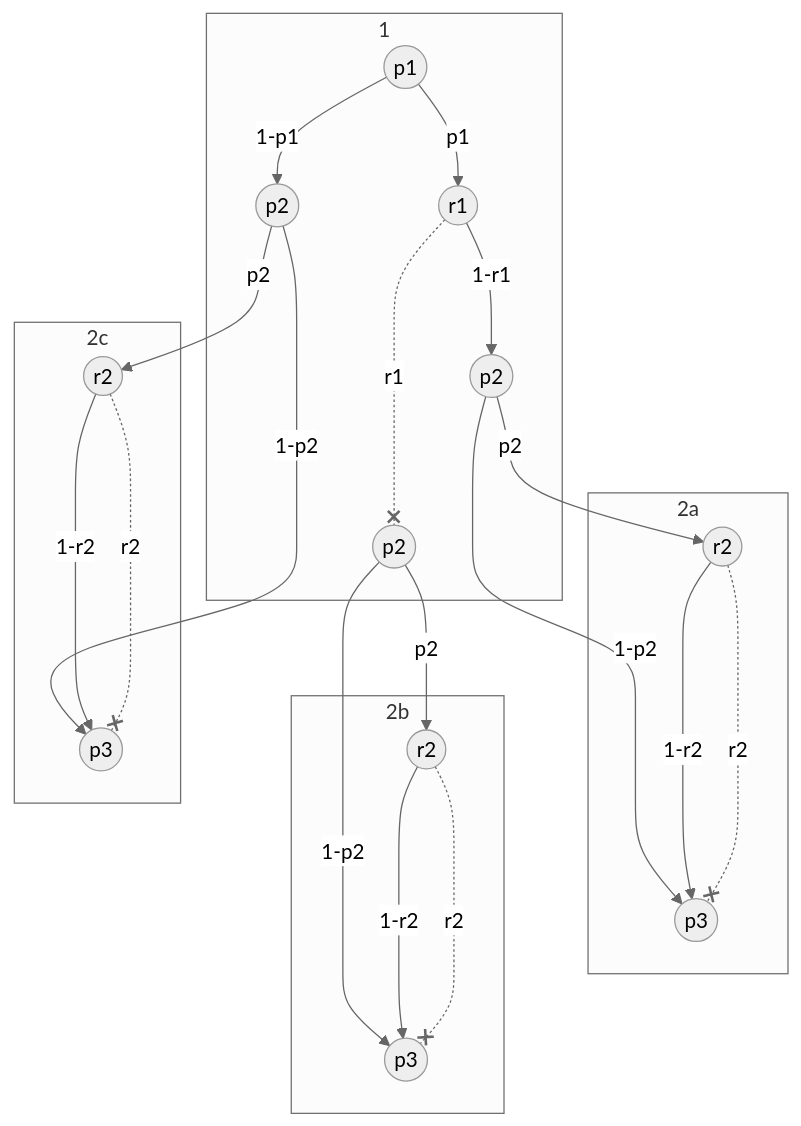
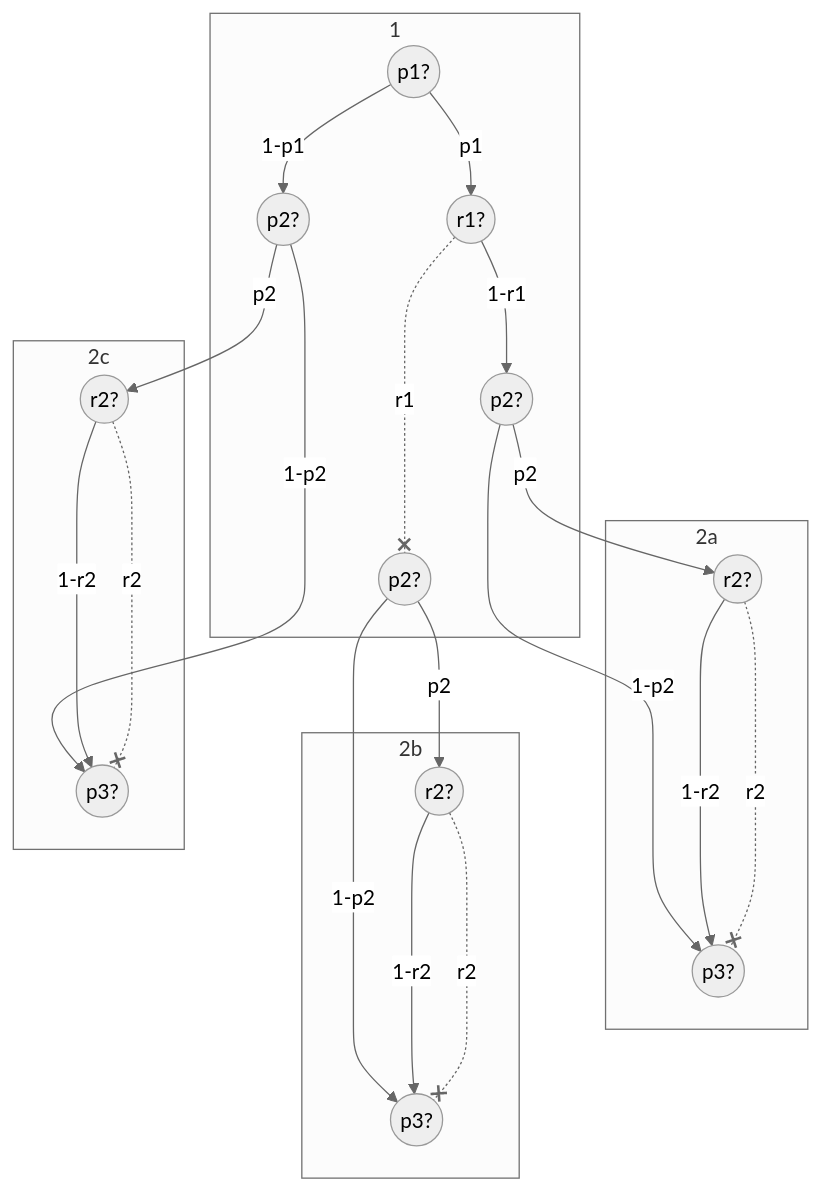
Before and after one commit to bfeitknecht/vault: the third of 5 diagrams in vault/sem2/AuW/UE/cx/bf/cx07-bf.md, drawn with Mermaid (neutral theme). The commit also changed other lines of this file, not shown here.

````diff
--- a/vault/sem2/AuW/UE/cx/bf/cx07-bf.md
+++ b/vault/sem2/AuW/UE/cx/bf/cx07-bf.md
@@ -80,50 +80,53 @@
 ```mermaid
 flowchart TD
 
+
 subgraph 1
-id1((p1))
-id2((r1))
+id1((p1?))
+id2((r1?))
 
-id3((p2))
-id4((p2))
-id5((p2))
+id3((p2?))
+id4((p2?))
+id5((p2?))
 
 id1-->|"1-p1"|id3
 id1-->|"p1"|id2
 id2-->|"1-r1"|id4
 id2-..-x|"r1"|id5
 end
 
 subgraph 2a
-id8((r2))
-id9((p3))
+id8((r2?))
+id9((p3?))
 
 id4-->|"1-p2"|id9
 id4-->|"p2"|id8
 id8-->|"1-r2"|id9
 id8-..-x|"r2"|id9
 end
 
+
 subgraph 2b
-id10((r2))
-id11((p3))
+id10((r2?))
+id11((p3?))
 
 id5-->|"1-p2"|id11
 id5-->|"p2"|id10
 id10-->|"1-r2"|id11
 id10-..-x|"r2"|id11
 end
 
+
 subgraph 2c
-id6((r2))
-id7((p3))
+id6((r2?))
+id7((p3?))
 
 id3-->|"1-p2"|id7
 id3-->|"p2"|id6
 id6-->|"1-r2"|id7
 id6-..-x|"r2"|id7
 end
 
 
 
 ```
````
